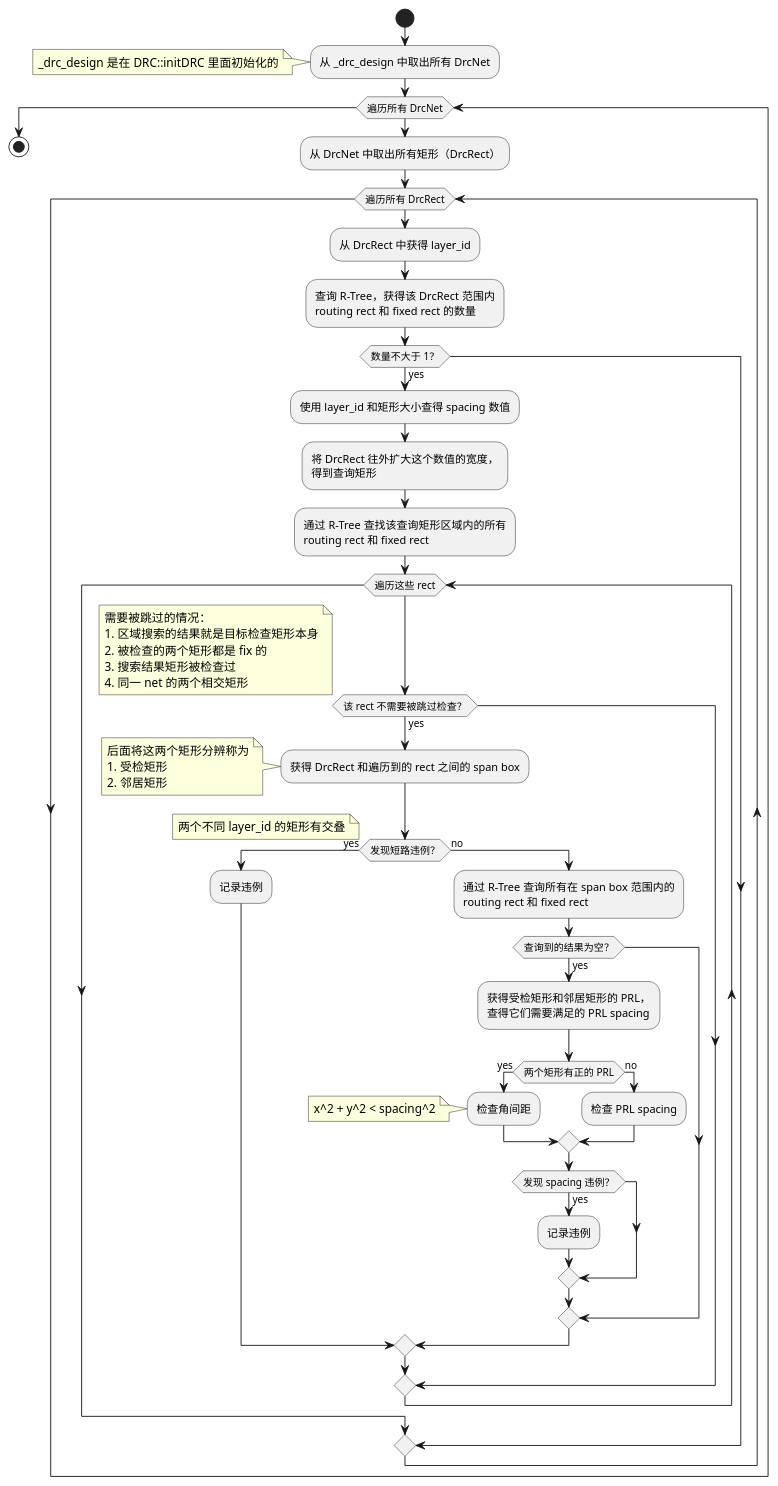
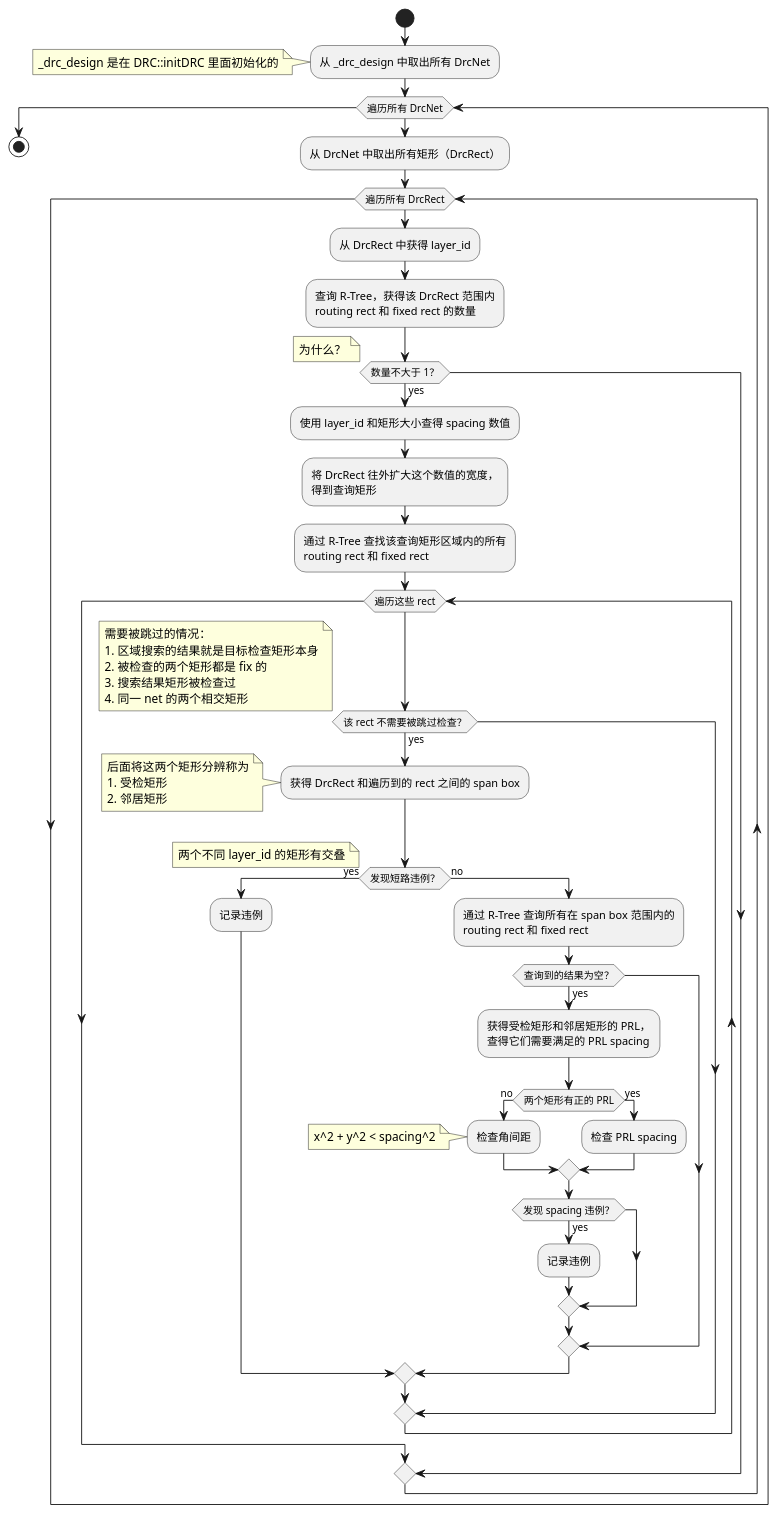
The second of 2 diagrams in source/_posts/ieda-idrc-code-reading.md (DovierQAQ/GuoFanBlog), drawn with PlantUML before and after one commit. The commit also changed other lines of this file, not shown here.

Commit message:
idrc added

```diff
--- a/source/_posts/ieda-idrc-code-reading.md
+++ b/source/_posts/ieda-idrc-code-reading.md
@@ -49,68 +49,71 @@
 {% plantuml %}
 @startuml
 
 start
 :从 _drc_design 中取出所有 DrcNet;
 note left
   _drc_design 是在 DRC::initDRC 里面初始化的
 endnote
 while (遍历所有 DrcNet)
   :从 DrcNet 中取出所有矩形（DrcRect）;
   while (遍历所有 DrcRect)
     :从 DrcRect 中获得 layer_id;
     :查询 R-Tree，获得该 DrcRect 范围内
     routing rect 和 fixed rect 的数量;
     if (数量不大于 1？) then (yes)
+      note left
+        为什么？
+      endnote
       :使用 layer_id 和矩形大小查得 spacing 数值;
       :将 DrcRect 往外扩大这个数值的宽度，
       得到查询矩形;
       :通过 R-Tree 查找该查询矩形区域内的所有
       routing rect 和 fixed rect;
       while (遍历这些 rect)
         if (该 rect 不需要被跳过检查？) then (yes)
           note left
             需要被跳过的情况：
             1. 区域搜索的结果就是目标检查矩形本身
             2. 被检查的两个矩形都是 fix 的
             3. 搜索结果矩形被检查过
             4. 同一 net 的两个相交矩形
           endnote
           :获得 DrcRect 和遍历到的 rect 之间的 span box;
           note left
             后面将这两个矩形分辨称为
             1. 受检矩形
             2. 邻居矩形
           endnote
           if (发现短路违例？) then (yes)
             note left
               两个不同 layer_id 的矩形有交叠
             endnote
             :记录违例;
           else (no)
             :通过 R-Tree 查询所有在 span box 范围内的
             routing rect 和 fixed rect;
             if (查询到的结果为空？) then (yes)
               :获得受检矩形和邻居矩形的 PRL，
               查得它们需要满足的 PRL spacing;
-              if (两个矩形有正的 PRL) then (yes)
+              if (两个矩形有正的 PRL) then (no)
                 :检查角间距;
                 note left
                   x^2 + y^2 < spacing^2
                 endnote
-              else (no)
+              else (yes)
                 :检查 PRL spacing;
               endif
               if (发现 spacing 违例？) then (yes)
                 :记录违例;
               endif
             endif
           endif
         endif
       endwhile
     endif
   endwhile
 endwhile
 
 stop
 @enduml
 {% endplantuml %}
```
